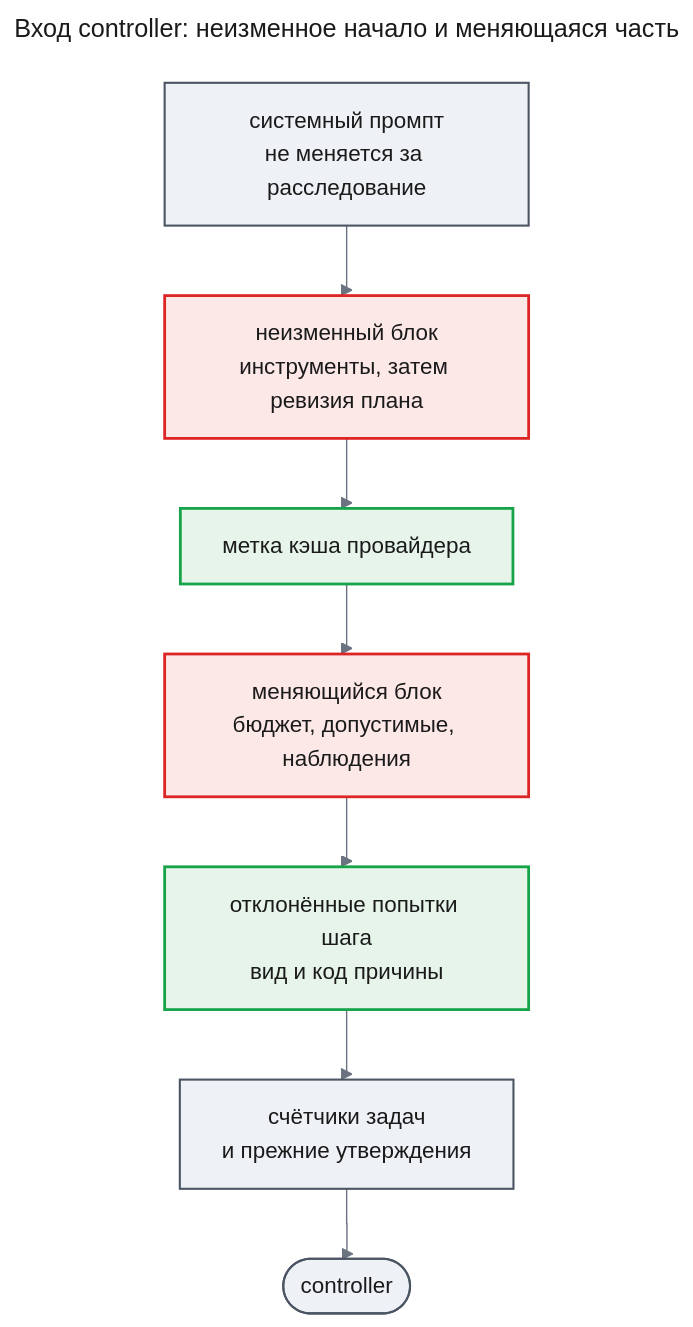
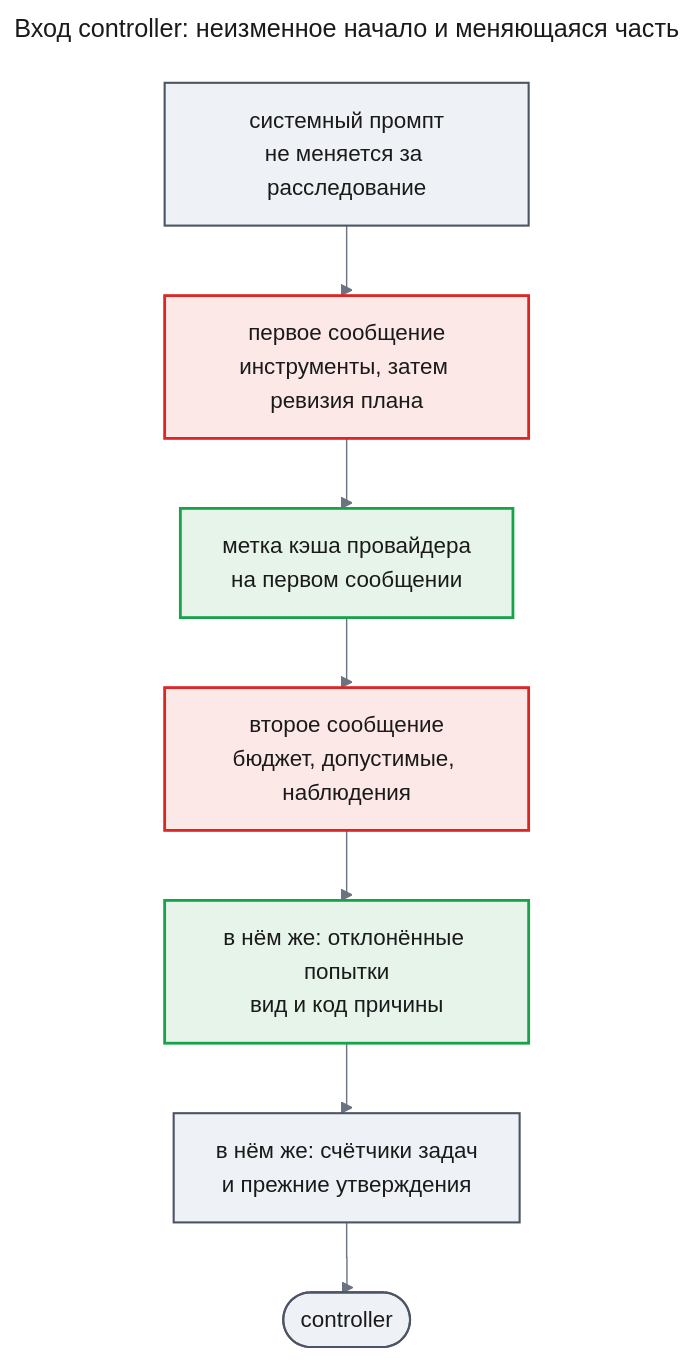
Before and after one commit to tundraray/agent-os: diagram 13 of 19 in docs/features/agent-quality/design-engine.md, drawn with Mermaid. The commit also changed other lines of this file and 1 other file, not shown here.

````diff
--- a/docs/features/agent-quality/design-engine.md
+++ b/docs/features/agent-quality/design-engine.md
@@ -859,30 +861,30 @@
 ```mermaid
 ---
 title: "Вход controller: неизменное начало и меняющаяся часть"
 config:
   theme: base
   look: classic
   themeVariables:
     primaryColor: "#eef1f5"
     primaryBorderColor: "#4b5563"
     primaryTextColor: "#1a1a1a"
     lineColor: "#6b7280"
   flowchart:
     curve: step
 ---
 flowchart TB
     sys["системный промпт<br/>не меняется за расследование"]
-    stable["неизменный блок<br/>инструменты, затем ревизия плана"]
-    mark["метка кэша провайдера"]
-    dyn["меняющийся блок<br/>бюджет, допустимые, наблюдения"]
-    rej["отклонённые попытки шага<br/>вид и код причины"]
-    rest["счётчики задач<br/>и прежние утверждения"]
+    stable["первое сообщение<br/>инструменты, затем ревизия плана"]
+    mark["метка кэша провайдера<br/>на первом сообщении"]
+    dyn["второе сообщение<br/>бюджет, допустимые, наблюдения"]
+    rej["в нём же: отклонённые попытки<br/>вид и код причины"]
+    rest["в нём же: счётчики задач<br/>и прежние утверждения"]
     model(["controller"])
     sys --> stable --> mark --> dyn --> rej --> rest --> model
     classDef new fill:#e6f4ea,stroke:#16a34a,stroke-width:2px,color:#1a1a1a
     classDef changed fill:#fde8e8,stroke:#dc2626,stroke-width:2px,color:#1a1a1a
     classDef unchanged fill:#eef1f5,stroke:#4b5563,stroke-width:1.5px,color:#1a1a1a
     class mark,rej new
     class stable,dyn changed
     class sys,rest,model unchanged
 ```
````
